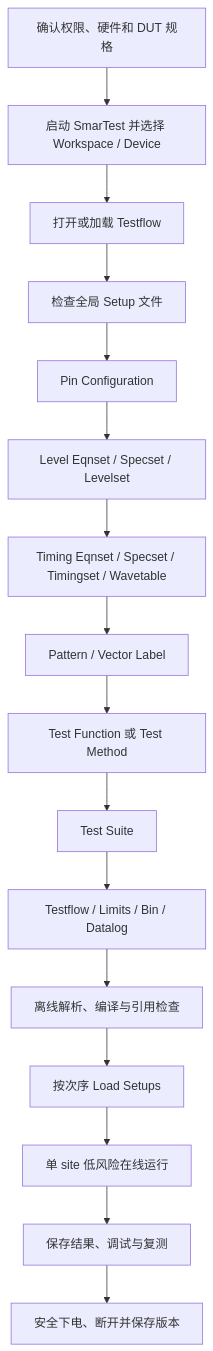
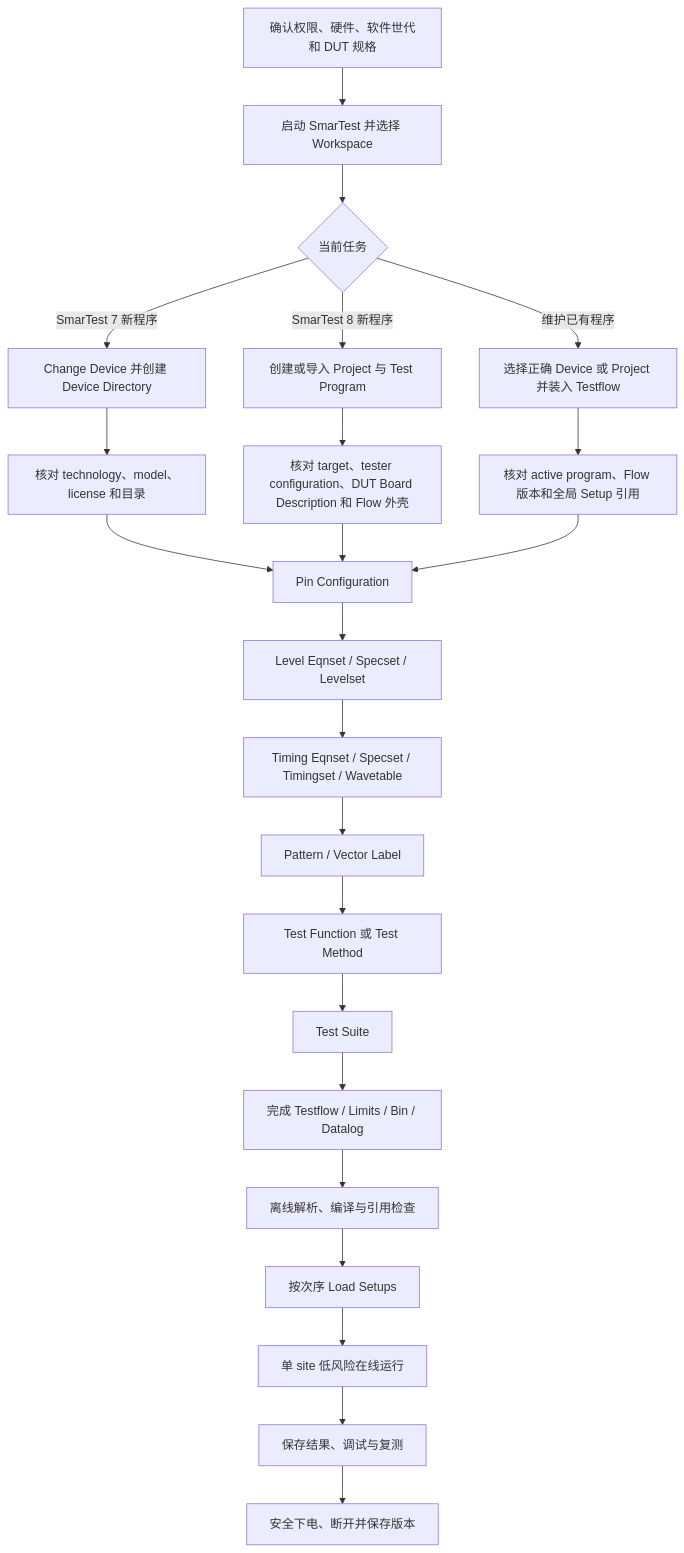
One commit to Little-W/Obsidian changed the diagram in ATE/Advantest V93000 教程/00A-一次完整测试流程操作顺序.md. Above: the diagram before and after it, drawn with Mermaid. The commit also changed other lines of this file and 2 other files, not shown here.

````diff
--- a/ATE/Advantest V93000 教程/00A-一次完整测试流程操作顺序.md
+++ b/ATE/Advantest V93000 教程/00A-一次完整测试流程操作顺序.md
@@ -24,18 +24,25 @@
 ```mermaid
 flowchart TD
-    A[确认权限、硬件和 DUT 规格] --> B[启动 SmarTest 并选择 Workspace / Device]
-    B --> C[打开或加载 Testflow]
-    C --> D[检查全局 Setup 文件]
-    D --> E[Pin Configuration]
-    E --> F[Level Eqnset / Specset / Levelset]
-    F --> G[Timing Eqnset / Specset / Timingset / Wavetable]
-    G --> H[Pattern / Vector Label]
-    H --> I[Test Function 或 Test Method]
-    I --> J[Test Suite]
-    J --> K[Testflow / Limits / Bin / Datalog]
-    K --> L[离线解析、编译与引用检查]
-    L --> M[按次序 Load Setups]
-    M --> N[单 site 低风险在线运行]
-    N --> O[保存结果、调试与复测]
-    O --> P[安全下电、断开并保存版本]
+    A[确认权限、硬件、软件世代和 DUT 规格] --> B[启动 SmarTest 并选择 Workspace]
+    B --> C{当前任务}
+    C -->|SmarTest 7 新程序| D[Change Device 并创建 Device Directory]
+    C -->|SmarTest 8 新程序| E[创建或导入 Project 与 Test Program]
+    C -->|维护已有程序| F[选择正确 Device 或 Project 并装入 Testflow]
+    D --> G[核对 technology、model、license 和目录]
+    E --> H[核对 target、tester configuration、DUT Board Description 和 Flow 外壳]
+    F --> I[核对 active program、Flow 版本和全局 Setup 引用]
+    G --> J[Pin Configuration]
+    H --> J
+    I --> J
+    J --> K[Level Eqnset / Specset / Levelset]
+    K --> L[Timing Eqnset / Specset / Timingset / Wavetable]
+    L --> M[Pattern / Vector Label]
+    M --> N[Test Function 或 Test Method]
+    N --> O[Test Suite]
+    O --> P[完成 Testflow / Limits / Bin / Datalog]
+    P --> Q[离线解析、编译与引用检查]
+    Q --> R[按次序 Load Setups]
+    R --> S[单 site 低风险在线运行]
+    S --> T[保存结果、调试与复测]
+    T --> U[安全下电、断开并保存版本]
 ```
````
